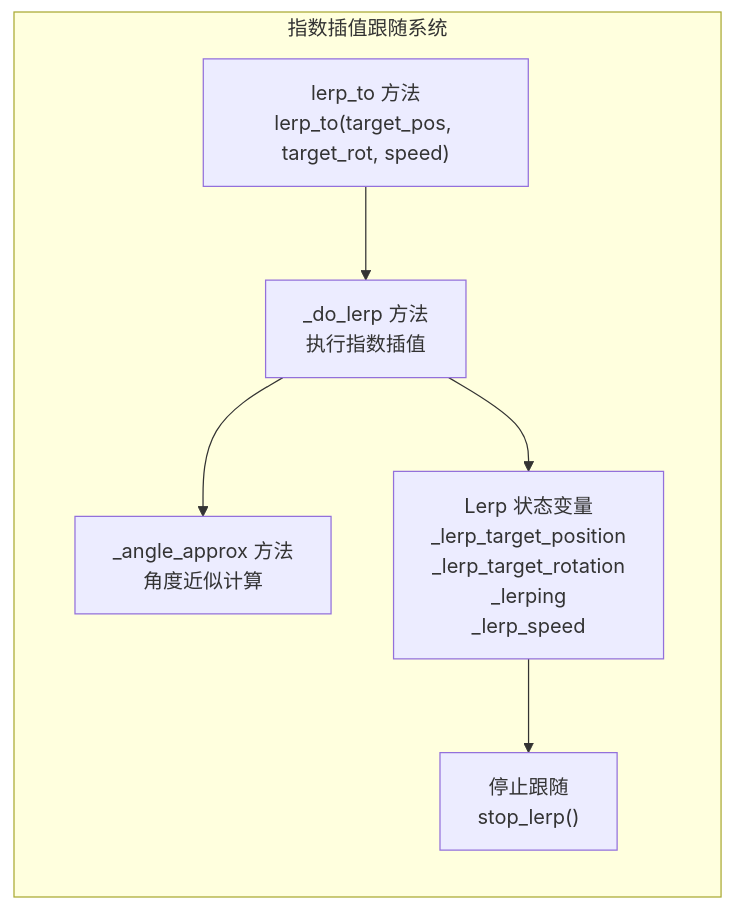
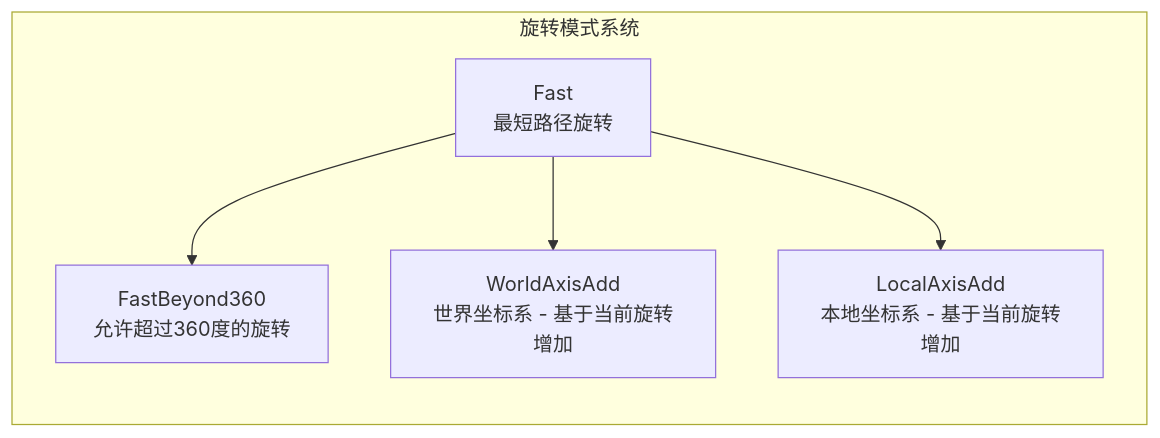
Before and after one commit to godotline/godot-line: the eighth of 12 diagrams in .qoder/repowiki/zh/content/游戏系统/相机系统/相机跟随系统.md, drawn with Mermaid. The commit also changed other lines of this file and 55 other files, not shown here.

````diff
--- a/.qoder/repowiki/zh/content/游戏系统/相机系统/相机跟随系统.md
+++ b/.qoder/repowiki/zh/content/游戏系统/相机系统/相机跟随系统.md
@@ -332,14 +334,12 @@
 ```mermaid
 graph LR
-subgraph "指数插值跟随系统"
-LRT["lerp_to 方法<br/>lerp_to(target_pos, target_rot, speed)"]
-DLR["_do_lerp 方法<br/>执行指数插值"]
-AA["_angle_approx 方法<br/>角度近似计算"]
-LS["Lerp 状态变量<br/>_lerp_target_position<br/>_lerp_target_rotation<br/>_lerping<br/>_lerp_speed"]
-END["停止跟随<br/>stop_lerp()"]
+subgraph "旋转模式系统"
+FM["Fast<br/>最短路径旋转"]
+FB360["FastBeyond360<br/>允许超过360度的旋转"]
+WAA["WorldAxisAdd<br/>世界坐标系 - 基于当前旋转增加"]
+LAA["LocalAxisAdd<br/>本地坐标系 - 基于当前旋转增加"]
 end
-LRT --> DLR
-DLR --> AA
-DLR --> LS
-LS --> END
+FM --> FB360
+FM --> WAA
+FM --> LAA
 ```
````
